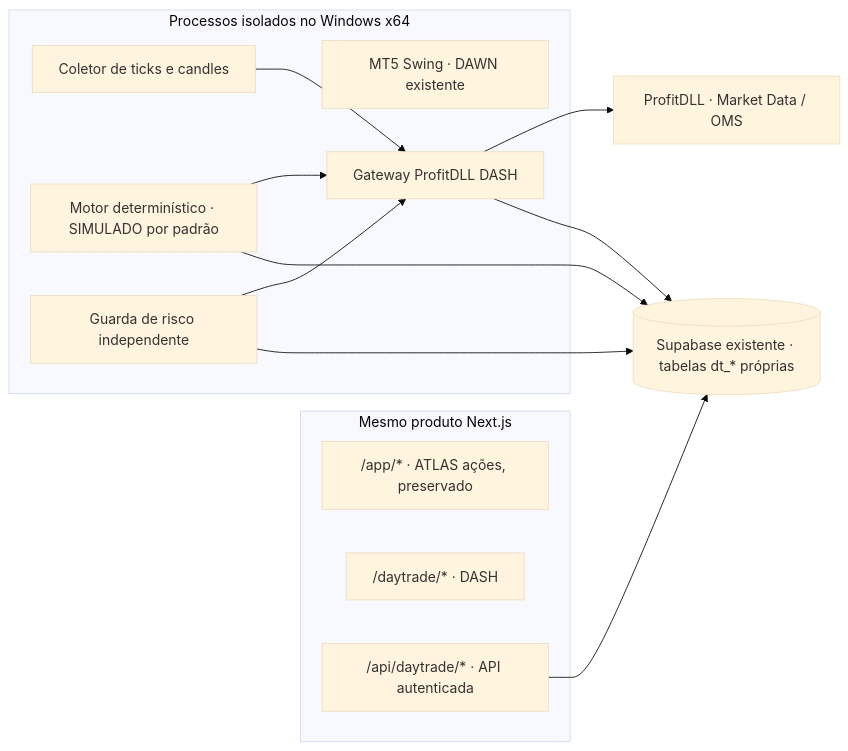
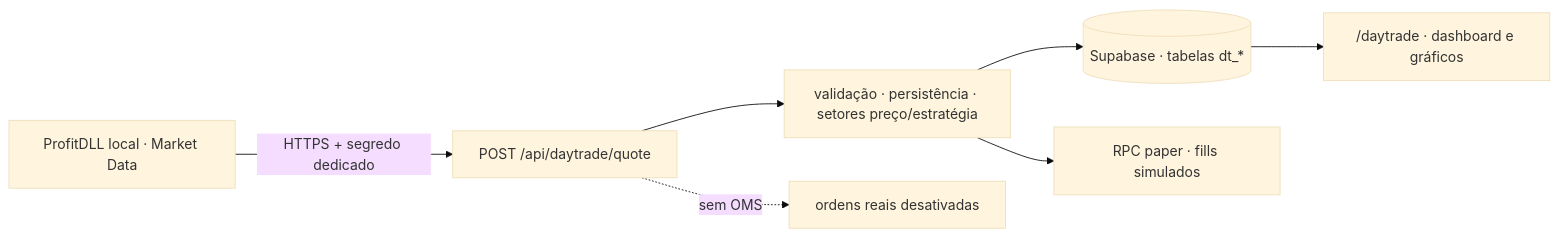
Before and after one commit to BrenoSilveiraLeal/A.T.L.A.S: the diagram in docs/daytrade/ARQUITETURA.md, drawn with Mermaid (base theme). The commit also changed other lines of this file and 75 other files, not shown here.

````diff
--- a/docs/daytrade/ARQUITETURA.md
+++ b/docs/daytrade/ARQUITETURA.md
@@ -22,23 +19,9 @@
 ```mermaid
 flowchart LR
-  subgraph web[Mesmo produto Next.js]
-    app["/app/* · ATLAS ações, preservado"]
-    dash["/daytrade/* · DASH"]
-    api["/api/daytrade/* · API autenticada"]
-  end
-  api --> db[("Supabase existente · tabelas dt_* próprias")]
-  subgraph windows[Processos isolados no Windows x64]
-    swing["MT5 Swing · DAWN existente"]
-    dtgw["Gateway ProfitDLL DASH"]
-    recorder["Coletor de ticks e candles"]
-    engine["Motor determinístico · SIMULADO por padrão"]
-    guard["Guarda de risco independente"]
-  end
-  recorder --> dtgw
-  engine --> dtgw
-  guard --> dtgw
-  dtgw --> profit["ProfitDLL · Market Data / OMS"]
-  dtgw --> db
-  engine --> db
-  guard --> db
+  gw["ProfitDLL local · Market Data"] -->|HTTPS + segredo dedicado| api["POST /api/daytrade/quote"]
+  api --> checks["validação · persistência · setores preço/estratégia"]
+  checks --> db[("Supabase · tabelas dt_*")]
+  checks --> paper["RPC paper · fills simulados"]
+  db --> ui["/daytrade · dashboard e gráficos"]
+  api -. "sem OMS" .-> disabled["ordens reais desativadas"]
 ```
````
